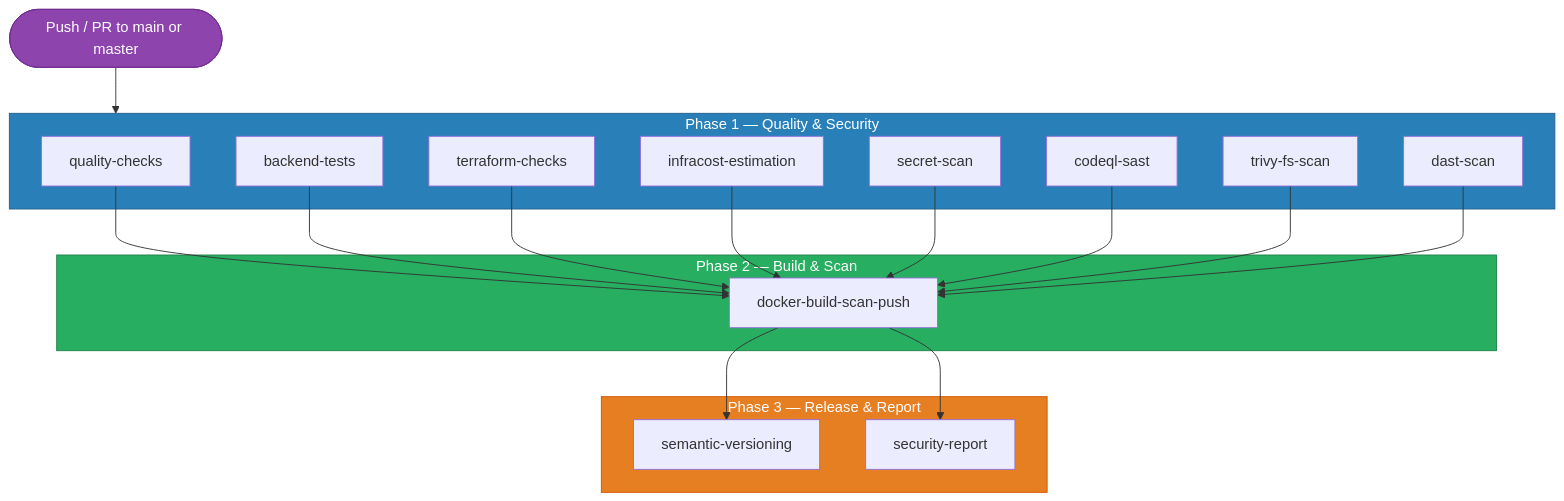
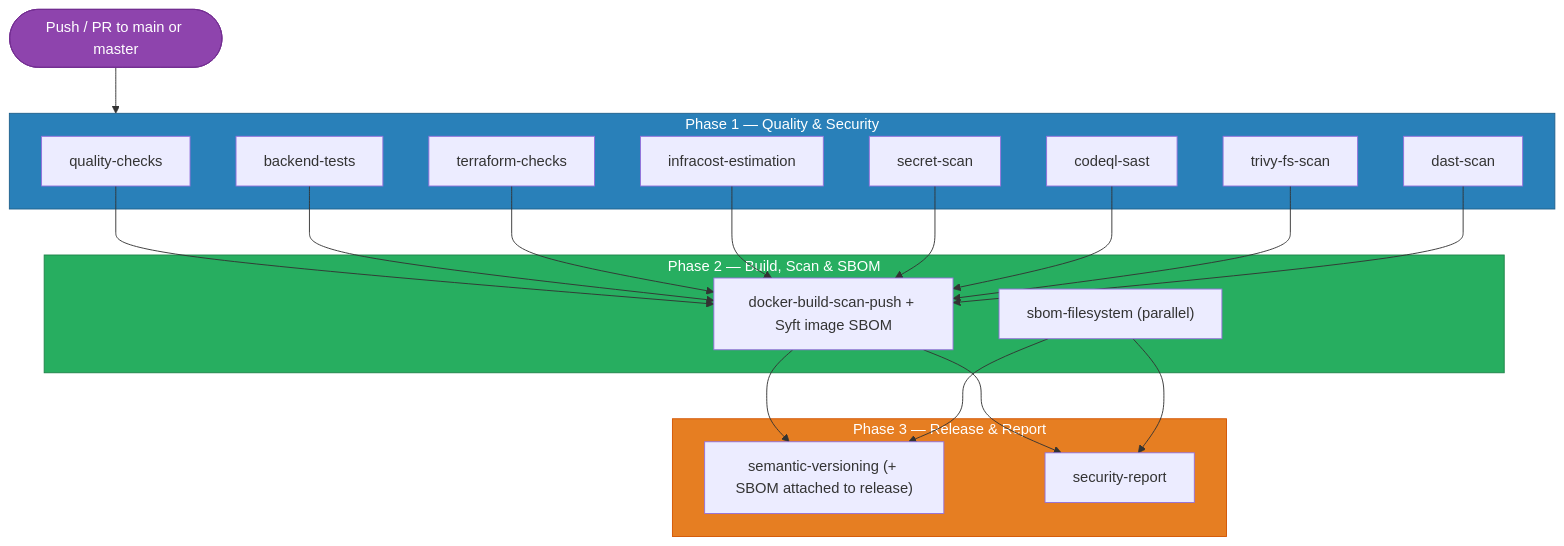
The diagram in docs/devops/unified-pipeline.md (Kalpanapramodya97/consistium), drawn with Mermaid before and after one commit. The commit also changed other lines of this file and 12 other files, not shown here.

````diff
--- a/docs/devops/unified-pipeline.md
+++ b/docs/devops/unified-pipeline.md
@@ -11,34 +11,37 @@
 ```mermaid
 flowchart TD
     trigger(["Push / PR to main or master"])
 
     subgraph phase1 ["Phase 1 — Quality & Security"]
         qc["quality-checks"]
         bt["backend-tests"]
         tc["terraform-checks"]
         ie["infracost-estimation"]
         ss["secret-scan"]
         sast["codeql-sast"]
         fs["trivy-fs-scan"]
         dast["dast-scan"]
     end
 
-    subgraph phase2 ["Phase 2 — Build & Scan"]
-        docker["docker-build-scan-push"]
+    subgraph phase2 ["Phase 2 — Build, Scan & SBOM"]
+        docker["docker-build-scan-push + Syft image SBOM"]
+        sbomfs["sbom-filesystem (parallel)"]
     end
 
     subgraph phase3 ["Phase 3 — Release & Report"]
-        semver["semantic-versioning"]
+        semver["semantic-versioning (+ SBOM attached to release)"]
         report["security-report"]
     end
 
     trigger --> phase1
     qc & bt & tc & ie & ss & sast & fs & dast --> docker
     docker --> semver
+    sbomfs --> semver
     docker --> report
-    
+    sbomfs --> report
+
     style trigger fill:#8e44ad,stroke:#732d91,color:#fff
     style phase1 fill:#2980b9,stroke:#1f618d,color:#fff
     style phase2 fill:#27ae60,stroke:#1e8449,color:#fff
     style phase3 fill:#e67e22,stroke:#d35400,color:#fff
 ```
````
